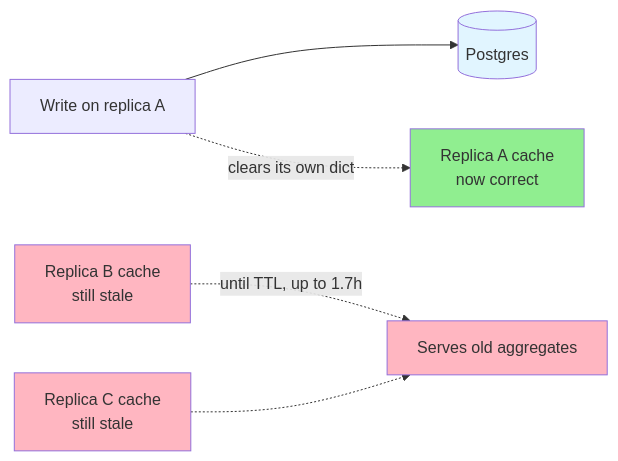
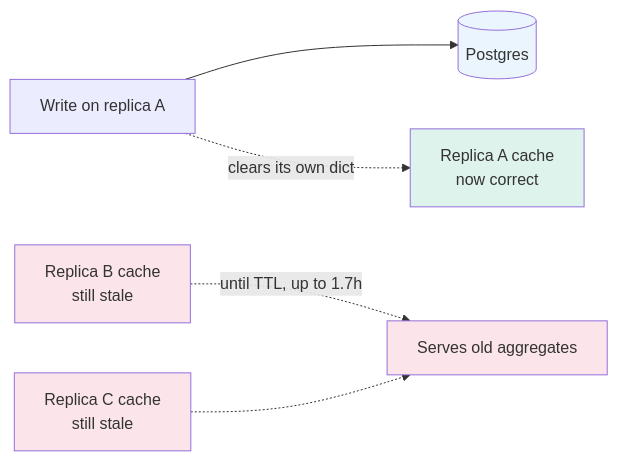
The first of 5 diagrams in LLD/SystemDesign/IntheWild/TwoTierCacheWithVersionedKeys.md (cartmancodes/InterviewVault), drawn with Mermaid before and after one commit. The commit also changed other lines of this file and 679 other files, not shown here.

Commit message:
Unify content diagrams and add accessible visual walkthroughs

````diff
--- a/LLD/SystemDesign/IntheWild/TwoTierCacheWithVersionedKeys.md
+++ b/LLD/SystemDesign/IntheWild/TwoTierCacheWithVersionedKeys.md
@@ -37,14 +37,14 @@
 ```mermaid
 flowchart LR
     W["Write on replica A"] --> DB[("Postgres")]
     W -.->|"clears its own dict"| A["Replica A cache<br/>now correct"]
     B["Replica B cache<br/>still stale"] -.->|"until TTL, up to 1.7h"| S["Serves old aggregates"]
     C["Replica C cache<br/>still stale"] -.-> S
 
-    classDef bad fill:#FFB6C1
-    classDef good fill:#90EE90
-    classDef store fill:#e1f5ff
+    classDef bad fill:#FCE5EA
+    classDef good fill:#DDF3EC
+    classDef store fill:#EAF5FD
     class B,C,S bad
     class A good
     class DB store
 ```
````
